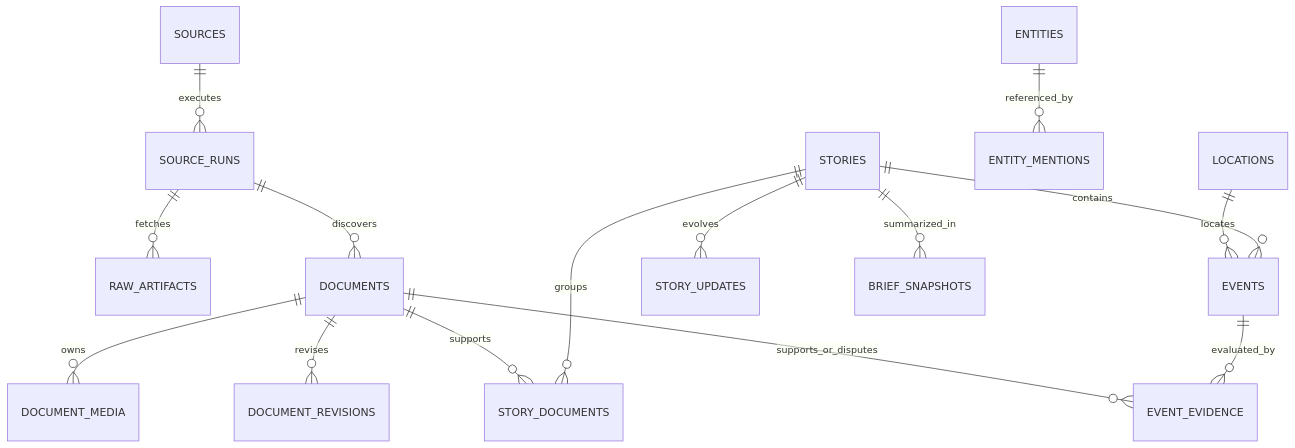
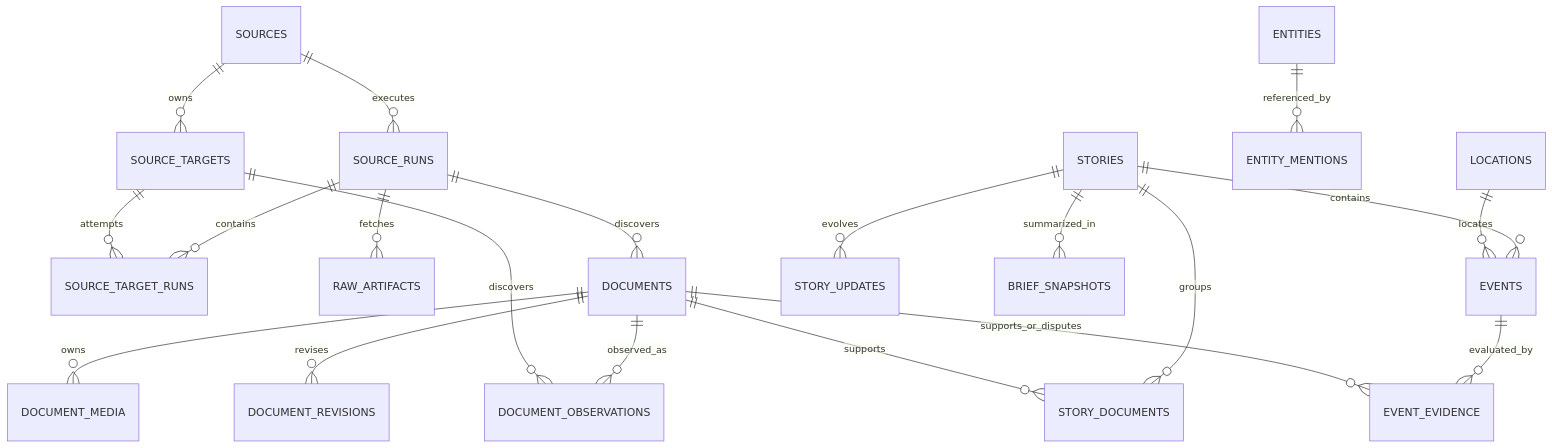
One commit to lulu930128/Open-Intel-Atlas changed the diagram in docs/architecture/DataModel.md. Above: the diagram before and after it, drawn with Mermaid. The commit also changed other lines of this file and 152 other files, not shown here.

````diff
--- a/docs/architecture/DataModel.md
+++ b/docs/architecture/DataModel.md
@@ -30,17 +43,22 @@
 ```mermaid
 erDiagram
     SOURCES ||--o{ SOURCE_RUNS : executes
+    SOURCES ||--o{ SOURCE_TARGETS : owns
+    SOURCE_RUNS ||--o{ SOURCE_TARGET_RUNS : contains
+    SOURCE_TARGETS ||--o{ SOURCE_TARGET_RUNS : attempts
     SOURCE_RUNS ||--o{ RAW_ARTIFACTS : fetches
     SOURCE_RUNS ||--o{ DOCUMENTS : discovers
+    DOCUMENTS ||--o{ DOCUMENT_OBSERVATIONS : observed_as
+    SOURCE_TARGETS ||--o{ DOCUMENT_OBSERVATIONS : discovers
     DOCUMENTS ||--o{ DOCUMENT_MEDIA : owns
     DOCUMENTS ||--o{ DOCUMENT_REVISIONS : revises
     STORIES ||--o{ STORY_DOCUMENTS : groups
     DOCUMENTS ||--o{ STORY_DOCUMENTS : supports
     STORIES ||--o{ EVENTS : contains
     EVENTS ||--o{ EVENT_EVIDENCE : evaluated_by
     DOCUMENTS ||--o{ EVENT_EVIDENCE : supports_or_disputes
     ENTITIES ||--o{ ENTITY_MENTIONS : referenced_by
     LOCATIONS ||--o{ EVENTS : locates
     STORIES ||--o{ STORY_UPDATES : evolves
     STORIES ||--o{ BRIEF_SNAPSHOTS : summarized_in
 ```
````
